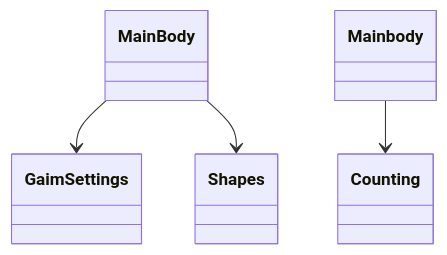
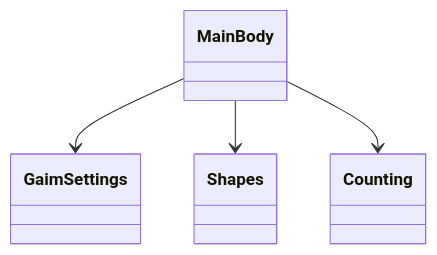
Before and after one commit to MaaritVilen/ot-harjoitustyo: the diagram in dokumentaatio/arkkitehtuuri.md, drawn with Mermaid.

Commit message:
kirjoitusvirhe

````diff
--- a/dokumentaatio/arkkitehtuuri.md
+++ b/dokumentaatio/arkkitehtuuri.md
@@ -5,12 +5,12 @@
 ```mermaid
 
 classDiagram
 	MainBody -->GaimSettings
 	MainBody -->Shapes
-	Mainbody -->Counting
+	MainBody -->Counting
 	class MainBody
 	class GaimSettings
 	class Shapes
 	class Counting
 
 ```
````
